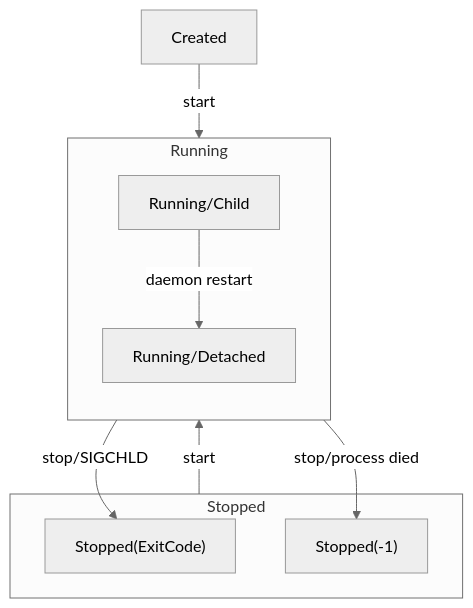
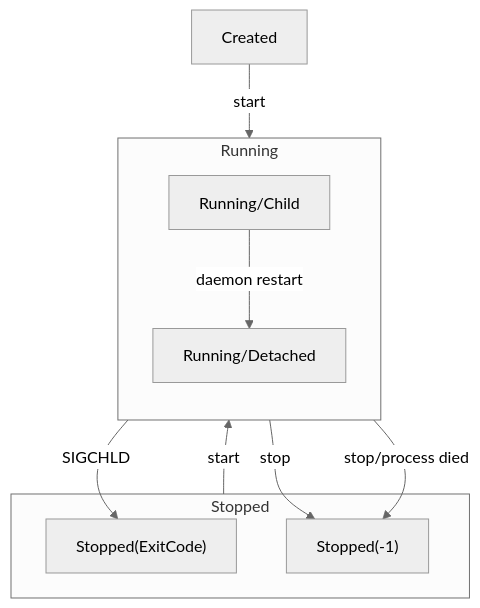
Before and after one commit to rprtr258/pm: the diagram in readme.md, drawn with Mermaid (neutral theme). The commit also changed other lines of this file, not shown here.

````diff
--- a/readme.md
+++ b/readme.md
@@ -55,20 +55,21 @@
 ```mermaid
 flowchart TB
   C[Created]
   RC[Running/Child]
   RD[Running/Detached]
   subgraph Stopped
     S
     S1
   end
   subgraph Running
     direction TB
     RC -->|daemon restart| RD
   end
   S["Stopped(ExitCode)"]
   S1["Stopped(-1)"]
   C -->|start| RC
-  RC -->|stop/SIGCHLD| S
+  RC -->|SIGCHLD| S
+  RC -->|stop| S1
   RD -->|stop/process died| S1
   Stopped -->|start| RC
 ```
````
